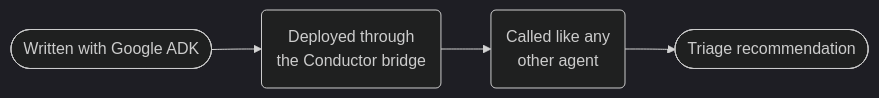
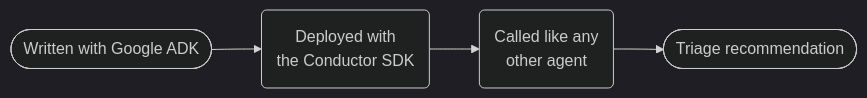
The diagram in docs/devguide/ai/cookbook/google-adk-order-triage.md (conductor-oss/conductor), drawn with Mermaid (dark theme) before and after one commit. The commit also changed other lines of this file and 16 other files, not shown here.

````diff
--- a/docs/devguide/ai/cookbook/google-adk-order-triage.md
+++ b/docs/devguide/ai/cookbook/google-adk-order-triage.md
@@ -3,6 +3,6 @@
 ```mermaid
 flowchart LR
-  G(["Written with Google ADK"]) --> B("Deployed through<br/>the Conductor bridge")
+  G(["Written with Google ADK"]) --> B("Deployed with<br/>the Conductor SDK")
   B --> A("Called like any<br/>other agent")
   A --> O(["Triage recommendation"])
 ```
````
